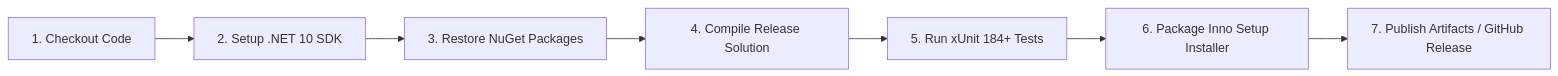
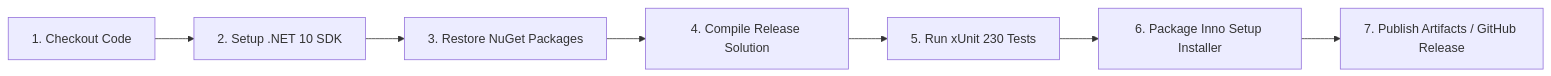
The diagram in docs/09_BUILD_DEPLOYMENT_AND_PACKAGING.md (Nguyen-Trung-Tien/WinCarePro), drawn with Mermaid before and after one commit. The commit also changed other lines of this file and 25 other files, not shown here.

````diff
--- a/docs/09_BUILD_DEPLOYMENT_AND_PACKAGING.md
+++ b/docs/09_BUILD_DEPLOYMENT_AND_PACKAGING.md
@@ -95,9 +97,9 @@
 ```mermaid
 graph LR
     Checkout["1. Checkout Code"] --> SetupDotnet["2. Setup .NET 10 SDK"]
     SetupDotnet --> Restore["3. Restore NuGet Packages"]
     Restore --> Build["4. Compile Release Solution"]
-    Build --> Test["5. Run xUnit 184+ Tests"]
+    Build --> Test["5. Run xUnit 230 Tests"]
     Test --> Pack["6. Package Inno Setup Installer"]
     Pack --> Release["7. Publish Artifacts / GitHub Release"]
 ```
````
